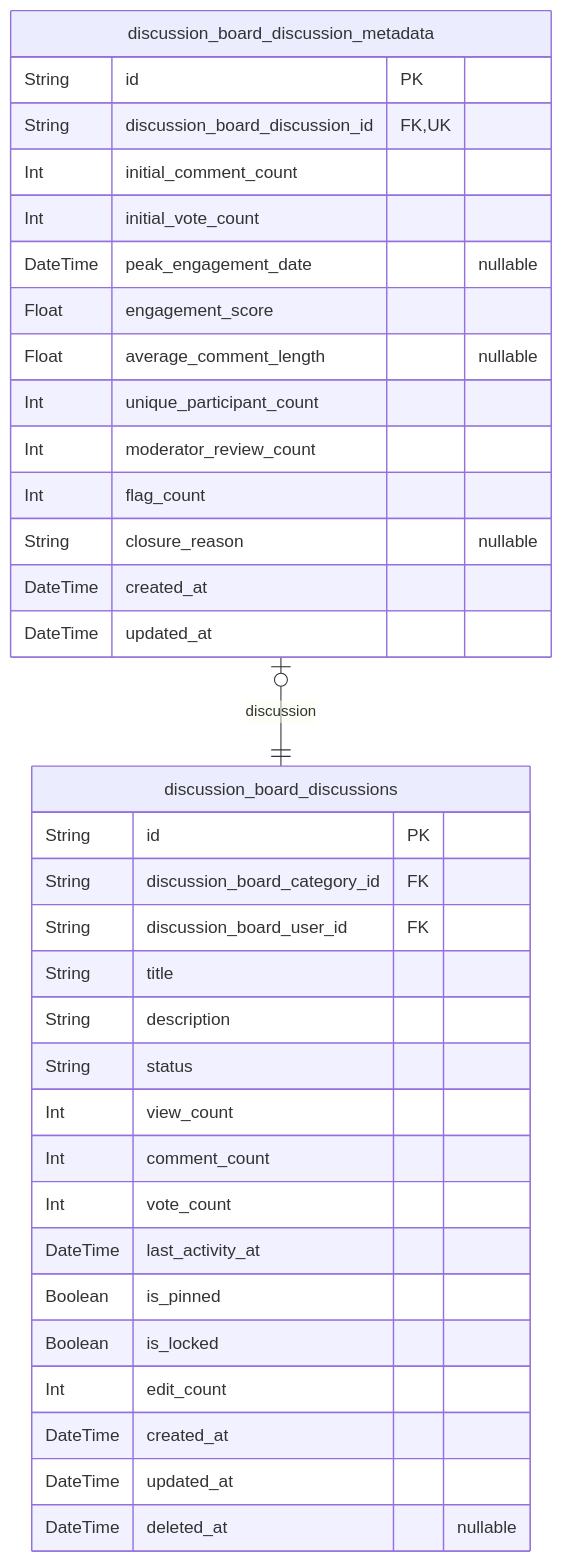
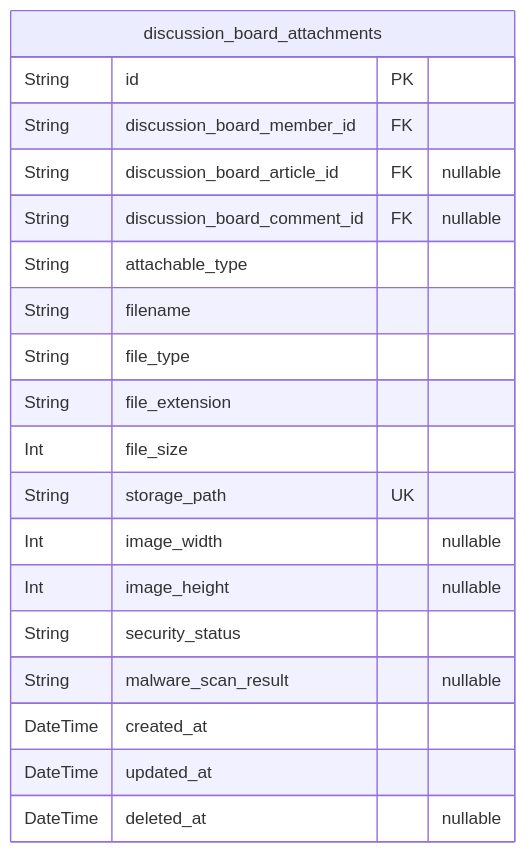
One commit to wrtnlabs/autobe-examples changed the fourth of 6 diagrams in anthropic/claude-haiku-4.5/bbs/docs/ERD.md. Above: the diagram before and after it, drawn with Mermaid. The commit also changed other lines of this file and 16146 other files, not shown here.

````diff
--- a/anthropic/claude-haiku-4.5/bbs/docs/ERD.md
+++ b/anthropic/claude-haiku-4.5/bbs/docs/ERD.md
@@ -688,37 +428,22 @@
 ```mermaid
 erDiagram
-"discussion_board_discussions" {
+"discussion_board_attachments" {
   String id PK
-  String discussion_board_category_id FK
-  String discussion_board_user_id FK
-  String title
-  String description
-  String status
-  Int view_count
-  Int comment_count
-  Int vote_count
-  DateTime last_activity_at
-  Boolean is_pinned
-  Boolean is_locked
-  Int edit_count
+  String discussion_board_member_id FK
+  String discussion_board_article_id FK "nullable"
+  String discussion_board_comment_id FK "nullable"
+  String attachable_type
+  String filename
+  String file_type
+  String file_extension
+  Int file_size
+  String storage_path UK
+  Int image_width "nullable"
+  Int image_height "nullable"
+  String security_status
+  String malware_scan_result "nullable"
   DateTime created_at
   DateTime updated_at
   DateTime deleted_at "nullable"
 }
-"discussion_board_discussion_metadata" {
-  String id PK
-  String discussion_board_discussion_id FK,UK
-  Int initial_comment_count
-  Int initial_vote_count
-  DateTime peak_engagement_date "nullable"
-  Float engagement_score
-  Float average_comment_length "nullable"
-  Int unique_participant_count
-  Int moderator_review_count
-  Int flag_count
-  String closure_reason "nullable"
-  DateTime created_at
-  DateTime updated_at
-}
-"discussion_board_discussion_metadata" |o--|| "discussion_board_discussions" : discussion
 ```
````
